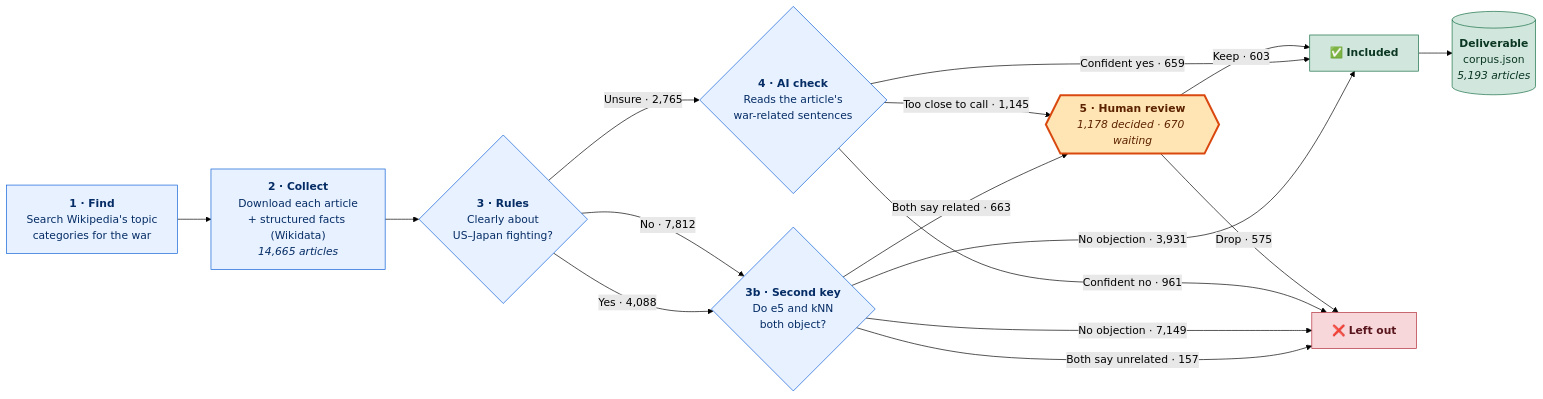
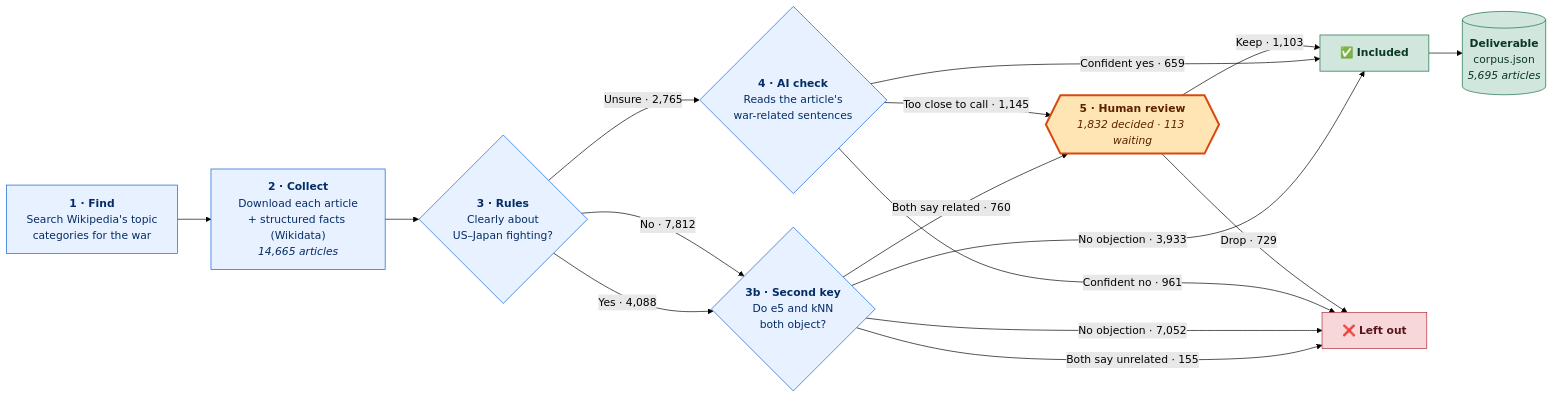
Before and after one commit to EtzionR/Corpus2GeoRAG_Pacific: the first of 2 diagrams in Processing/PIPELINE.md, drawn with Mermaid (forest theme). The commit also changed other lines of this file and 1 other file, not shown here.

````diff
--- a/Processing/PIPELINE.md
+++ b/Processing/PIPELINE.md
@@ -25,36 +25,36 @@
 ```mermaid
 flowchart LR
     FIND["<b>1 · Find</b><br/>Search Wikipedia's topic<br/>categories for the war"]
     COLLECT["<b>2 · Collect</b><br/>Download each article<br/>+ structured facts (Wikidata)<br/><i>14,665 articles</i>"]
     RULES{"<b>3 · Rules</b><br/>Clearly about<br/>US–Japan fighting?"}
     KEY{"<b>3b · Second key</b><br/>Do e5 and kNN<br/>both object?"}
     AI{"<b>4 · AI check</b><br/>Reads the article's<br/>war-related sentences"}
-    HUMAN{{"<b>5 · Human review</b><br/><i>1,178 decided · 670 waiting</i>"}}
+    HUMAN{{"<b>5 · Human review</b><br/><i>1,832 decided · 113 waiting</i>"}}
     IN["✅ <b>Included</b>"]
     OUT["❌ <b>Left out</b>"]
-    DELIVER[("<b>Deliverable</b><br/>corpus.json<br/><i>5,193 articles</i>")]
+    DELIVER[("<b>Deliverable</b><br/>corpus.json<br/><i>5,695 articles</i>")]
 
     FIND --> COLLECT --> RULES
     RULES -- "Yes · 4,088" --> KEY
     RULES -- "No · 7,812" --> KEY
-    KEY -- "No objection · 3,931" --> IN
-    KEY -- "Both say unrelated · 157" --> OUT
-    KEY -- "No objection · 7,149" --> OUT
-    KEY -- "Both say related · 663" --> HUMAN
+    KEY -- "No objection · 3,933" --> IN
+    KEY -- "Both say unrelated · 155" --> OUT
+    KEY -- "No objection · 7,052" --> OUT
+    KEY -- "Both say related · 760" --> HUMAN
     RULES -- "Unsure · 2,765" --> AI
     AI -- "Confident yes · 659" --> IN
     AI -- "Confident no · 961" --> OUT
     AI -- "Too close to call · 1,145" --> HUMAN
-    HUMAN -- "Keep · 603" --> IN
-    HUMAN -- "Drop · 575" --> OUT
+    HUMAN -- "Keep · 1,103" --> IN
+    HUMAN -- "Drop · 729" --> OUT
     IN --> DELIVER
 
     classDef step fill:#e7f1ff,stroke:#0b5ed7,color:#052c65
     classDef human fill:#ffe5b4,stroke:#d9480f,color:#5c2200,stroke-width:3px
     classDef good fill:#d1e7dd,stroke:#146c43,color:#0a3622
     classDef bad fill:#f8d7da,stroke:#b02a37,color:#58151c
     class FIND,COLLECT,RULES,KEY,AI step
     class HUMAN human
     class IN,DELIVER good
     class OUT bad
 ```
````
